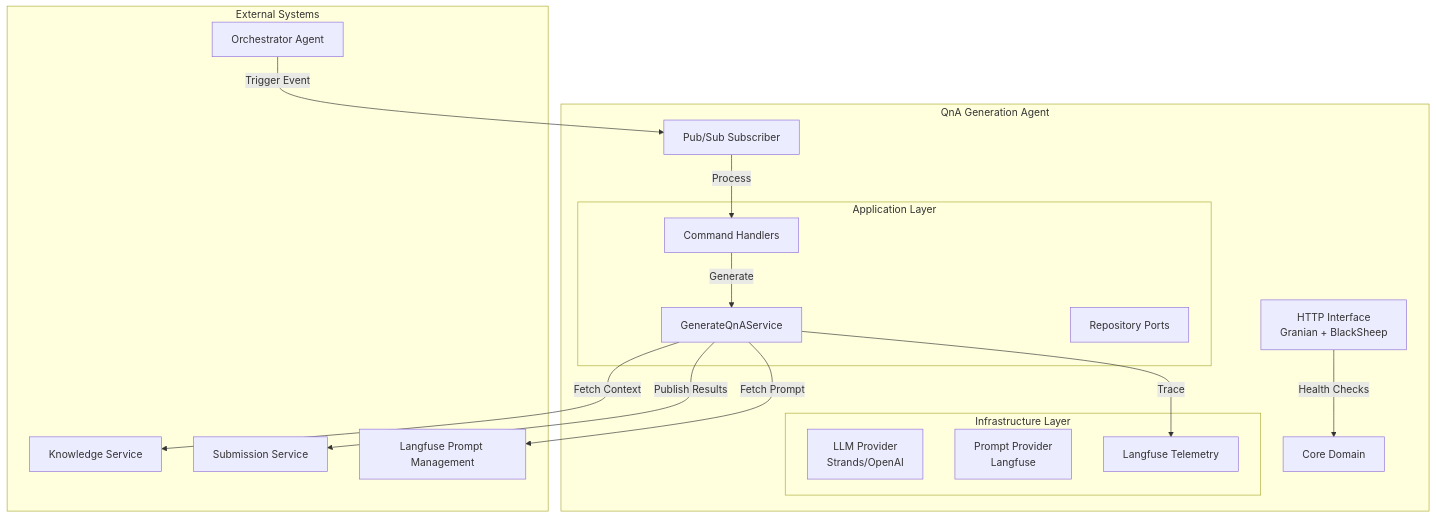
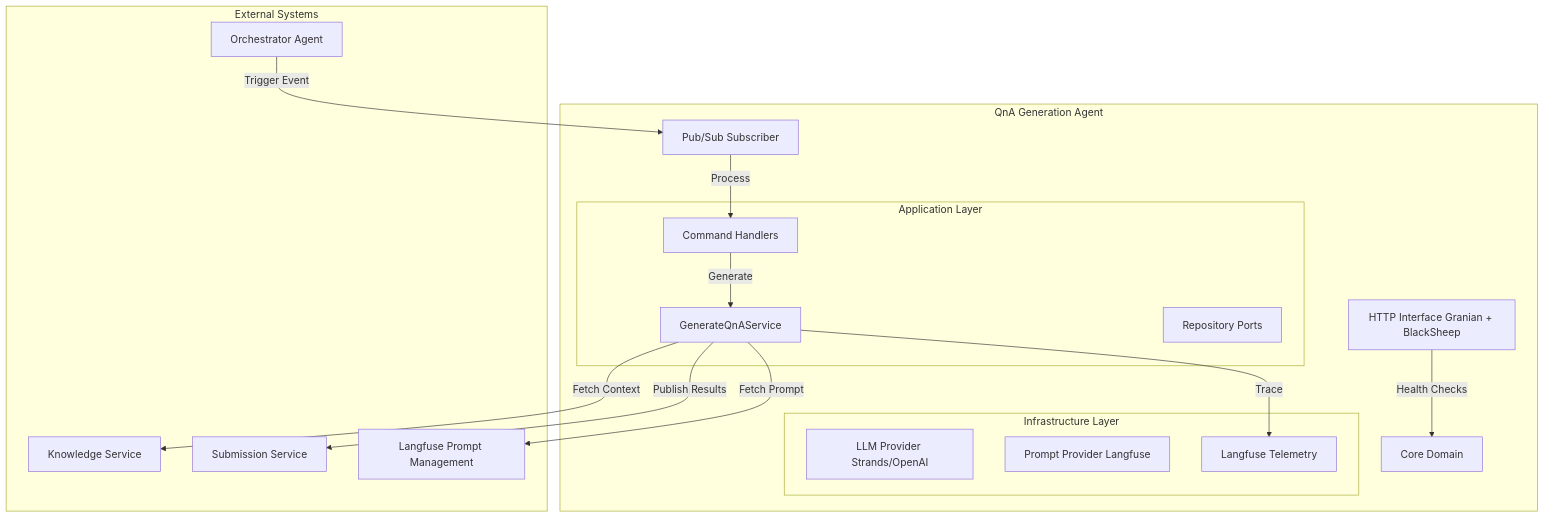
One commit to assessorflow/neo-qna-generation-agent changed the first of 3 diagrams in README.md. Above: the diagram before and after it, drawn with Mermaid. The commit also changed other lines of this file, not shown here.

First line of the commit message:
docs: fix Mermaid diagram syntax and remove non-existent references

````diff
--- a/README.md
+++ b/README.md
@@ -12,36 +11,36 @@
 ```mermaid
 flowchart TB
     subgraph "External Systems"
         Orchestrator[Orchestrator Agent]
         Knowledge[Knowledge Service]
         Submission[Submission Service]
         Langfuse[Langfuse Prompt Management]
     end
 
     subgraph "QnA Generation Agent"
-        HTTP[HTTP Interface<br/>Granian + BlackSheep]
+        HTTP[HTTP Interface Granian + BlackSheep]
         PubSub[Pub/Sub Subscriber]
         Core[Core Domain]
 
         subgraph "Application Layer"
             Commands[Command Handlers]
             Services[GenerateQnAService]
             Ports[Repository Ports]
         end
 
         subgraph "Infrastructure Layer"
-            LLM[LLM Provider<br/>Strands/OpenAI]
-            PromptProvider[Prompt Provider<br/>Langfuse]
+            LLM[LLM Provider Strands/OpenAI]
+            PromptProvider[Prompt Provider Langfuse]
             Telemetry[Langfuse Telemetry]
         end
     end
 
     Orchestrator -->|Trigger Event| PubSub
     PubSub -->|Process| Commands
     Commands -->|Generate| Services
     Services -->|Fetch Prompt| Langfuse
     Services -->|Fetch Context| Knowledge
     Services -->|Publish Results| Submission
     Services -->|Trace| Telemetry
     HTTP -->|Health Checks| Core
 ```
````
